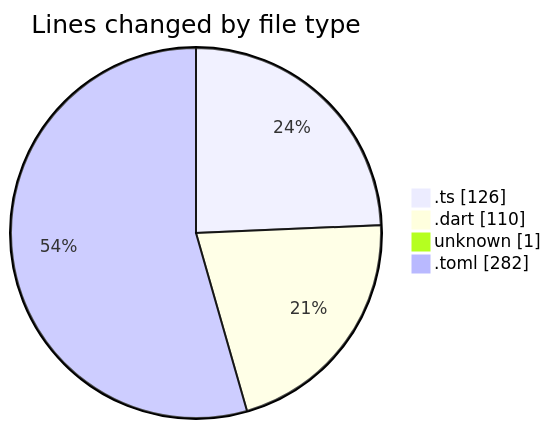
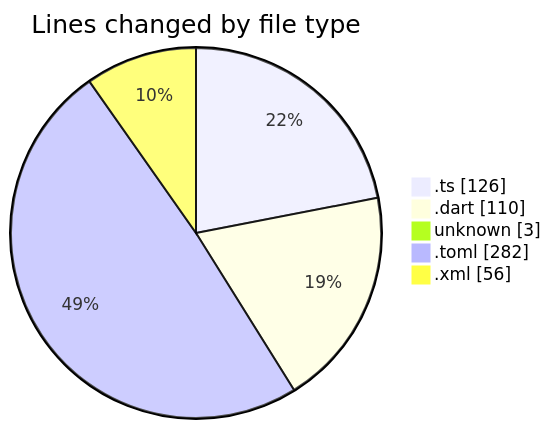
The first of 2 diagrams in 2025-02-09/maps_clone/README.md (donsfak/code-tracking), drawn with Mermaid before and after one commit. The commit also changed other lines of this file and 1 other file, not shown here.

````diff
--- a/2025-02-09/maps_clone/README.md
+++ b/2025-02-09/maps_clone/README.md
@@ -23,8 +25,9 @@
 ```mermaid
 pie showData
 title Lines changed by file type
 ".ts" : 126
 ".dart" : 110
-"unknown" : 1
+"unknown" : 3
 ".toml" : 282
+".xml" : 56
 ```
````
